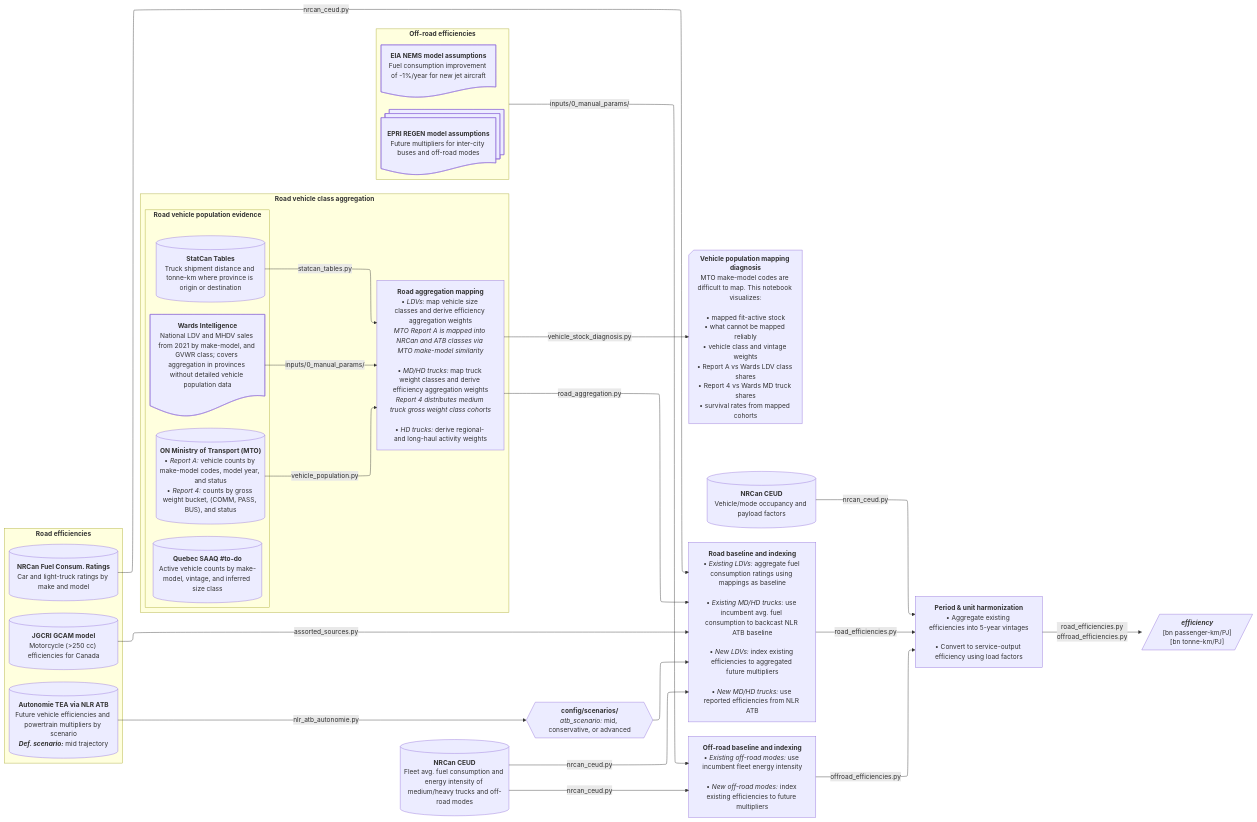
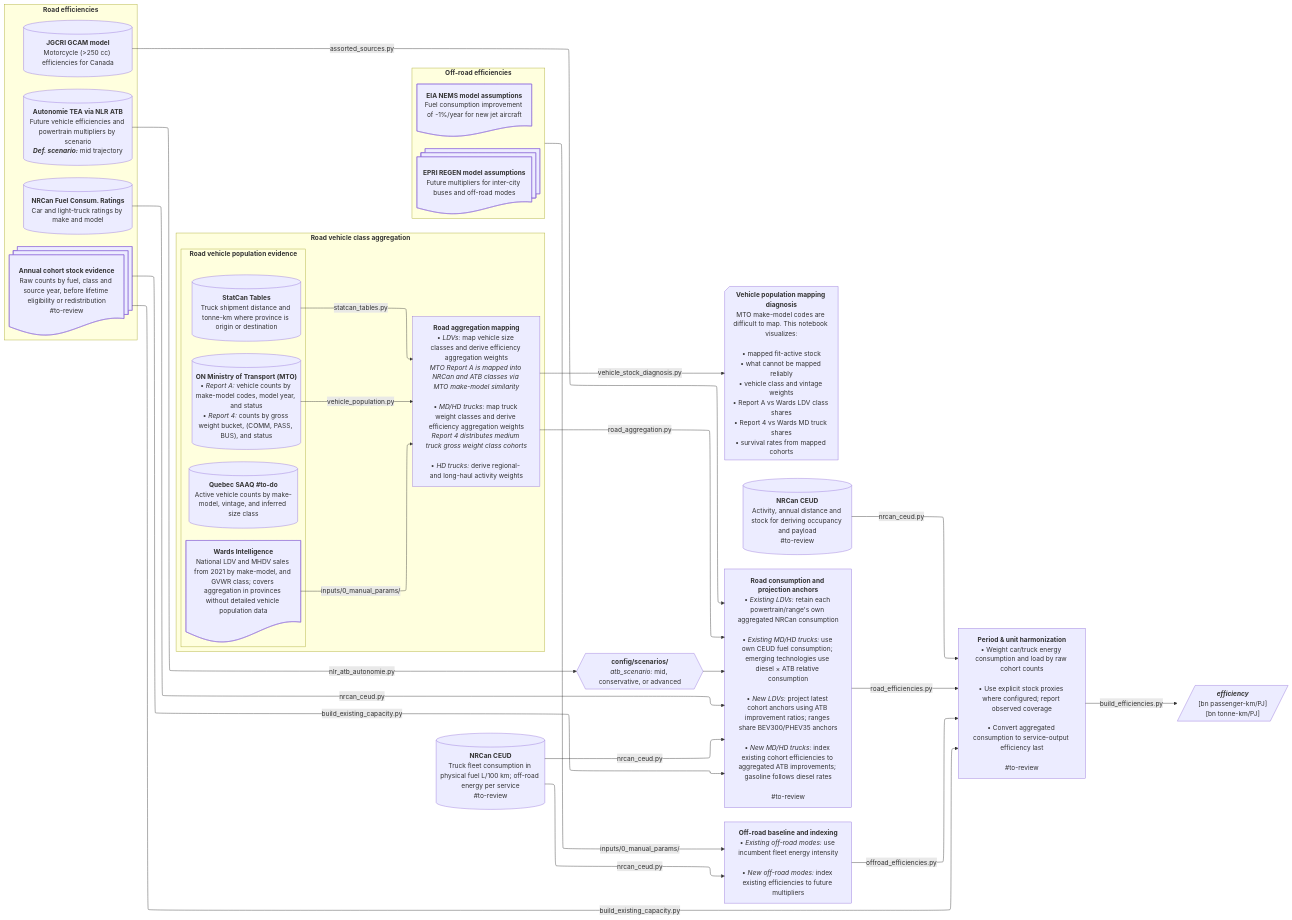
Before and after one commit to CANOE-main/canoe-transportation: the sixth of 12 diagrams in docs/etl_flowcharts.md, drawn with Mermaid. The commit also changed other lines of this file and 56 other files, not shown here.

First line of the commit message:
Add comprehensive tests for NRCan PHEV components, rating outliers, observed efficiency anchors, and readable data IDs

```diff
--- a/docs/etl_flowcharts.md
+++ b/docs/etl_flowcharts.md
@@ -492,6 +495,9 @@
       ***Def. scenario:*** mid trajectory`")]
     s2_2[("`**JGCRI GCAM model**
       Motorcycle (>250 cc) efficiencies for Canada`")]
+    s11@{shape: docs, label: "**Annual cohort stock evidence**
+      Raw counts by fuel, class and source year, before lifetime eligibility or redistribution
+      #to-review"}
   end
   
   subgraph off["`**Off-road efficiencies**`"]
@@ -503,23 +509,26 @@
   end
   
   s0[("`**NRCan CEUD**
-    Fleet avg. fuel consumption and energy intensity of medium/heavy trucks and off-road modes`")]
+    Truck fleet consumption in physical fuel L/100 km; off-road energy per service
+    #to-review`")]
   s9[("`**NRCan CEUD**
-    Vehicle/mode occupancy and payload factors`")]
+    Activity, annual distance and stock for deriving occupancy and payload
+    #to-review`")]
 
   %% ############ Processes ###########
   p2_2@{shape: hex, label: "**config/scenarios/**
     *atb_scenario:* mid, conservative, or advanced"}
-  p2["`**Road baseline and indexing**
-    • *Existing LDVs:* aggregate fuel consumption ratings using mappings as baseline<br>
-    • *Existing MD/HD trucks:* use incumbent avg. fuel consumption to backcast NLR ATB baseline<br>
-    • *New LDVs:* index existing efficiencies to aggregated future multipliers<br>
-    • *New MD/HD trucks:* use reported efficiencies from NLR ATB<br>
-    `"]
+  p2["`**Road consumption and projection anchors**
+    • *Existing LDVs:* retain each powertrain/range's own aggregated NRCan consumption<br>
+    • *Existing MD/HD trucks:* use own CEUD fuel consumption; emerging technologies use diesel × ATB relative consumption<br>
+    • *New LDVs:* project latest cohort anchors using ATB improvement ratios; ranges share BEV300/PHEV35 anchors<br>
+    • *New MD/HD trucks:* index existing cohort efficiencies to aggregated ATB improvements; gasoline follows diesel rates<br>
+    #to-review`"]
   p0 -- road_aggregation.py --> p2
   s1 -- nrcan_ceud.py --> p2
   s2 -- nlr_atb_autonomie.py --> p2_2 --> p2
   s2_2 -- assorted_sources.py --> p2
+  s11 -- build_existing_capacity.py --> p2 & p4
   
   s0 -- nrcan_ceud.py --> p3 & p2
 
@@ -529,12 +538,14 @@
   off -- inputs/0_manual_params/ --> p3
     
   p4["`**Period & unit harmonization**
-    • Aggregate existing efficiencies into 5-year vintages<br>
-    • Convert to service-output efficiency using load factors`"]
+    • Weight car/truck energy consumption and load by raw cohort counts<br>
+    • Use explicit stock proxies where configured; report observed coverage<br>
+    • Convert aggregated consumption to service-output efficiency last<br>
+    #to-review`"]
   s9 -- nrcan_ceud.py --> p4
   p2 -- road_efficiencies.py --> p4
-  p3 -- offroad_efficiencies.py --> p4 -- road_efficiencies.py
-  offroad_efficiencies.py --> o1[/"`***efficiency***
+  p3 -- offroad_efficiencies.py --> p4
+  p4 -- build_efficiencies.py --> o1[/"`***efficiency***
     [bn passenger-km/PJ]
     [bn tonne-km/PJ]`"/]
   
```
